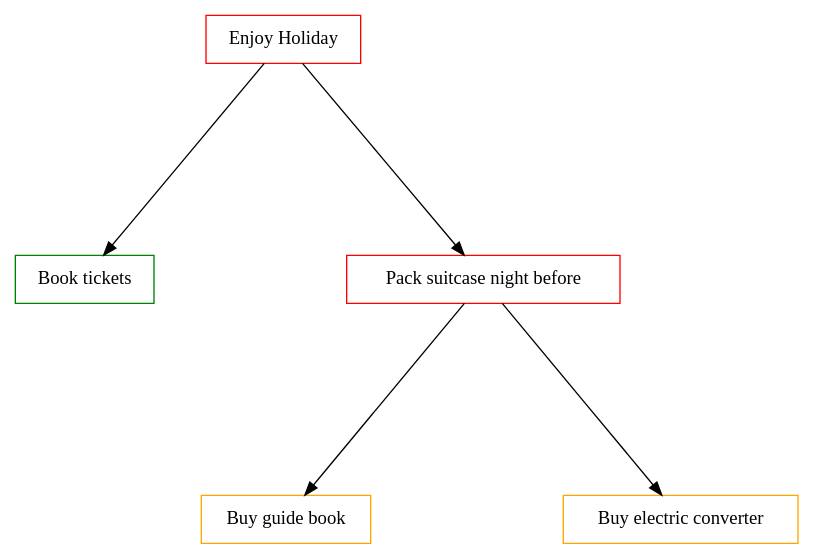
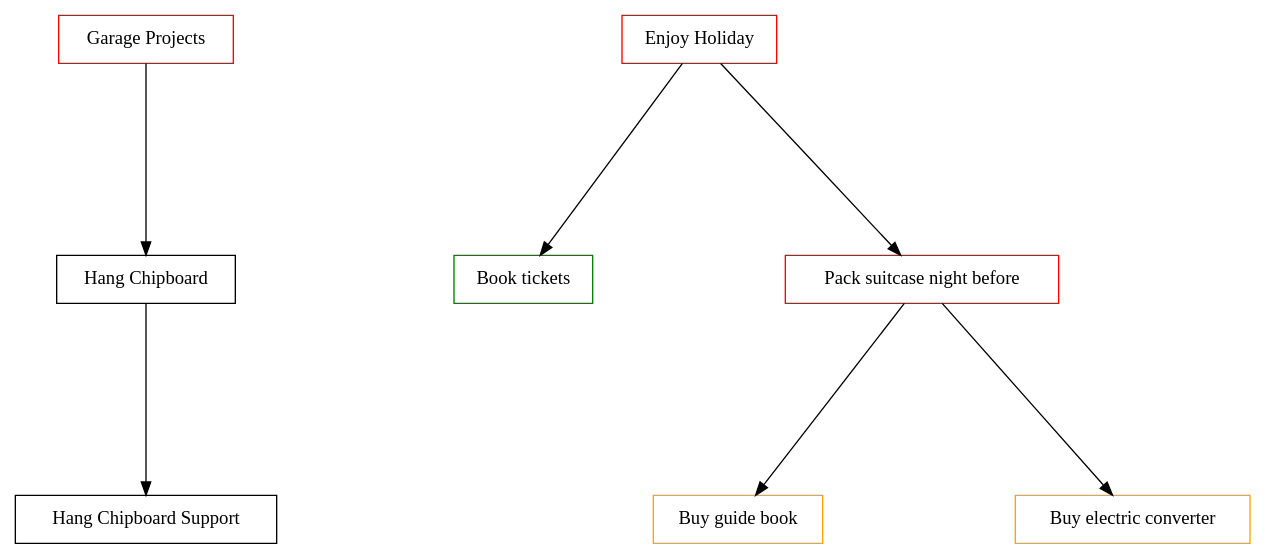
Before and after one commit to bradleybossard/project-management-as-code: the diagram in projects.gv, drawn with Graphviz. The commit also changed 1 other file, not shown here.

Commit message:
Begin building nodes for garage projects

```diff
--- a/projects.gv
+++ b/projects.gv
@@ -1,18 +1,25 @@
 digraph G { 
   ranksep=2.0 
     nodesep=2.0 
     overlap="false" 
 
     node [color="black", shape="rectangle"] 
 
+    "G" [label="Garage Projects",color="red"] 
+    "HCB" [label="Hang Chipboard",color="black"] 
+    "HCBS" [label="Hang Chipboard Support",color="black"] 
+
     "EH" [label="Enjoy Holiday",color="red"] 
     "BT" [label="Book tickets",color="green"] 
     "PSNB" [label="Pack suitcase night before",color="red"] 
     "BGB" [label="Buy guide book",color="orange"] 
     "BEC" [label="Buy electric converter",color="orange"] 
 
+    "G" -> "HCB"
+    "HCB" -> "HCBS"
+
     "EH" -> "BT" 
     "EH" -> "PSNB" 
     "PSNB" -> "BGB" 
     "PSNB" -> "BEC" 
 }
```
